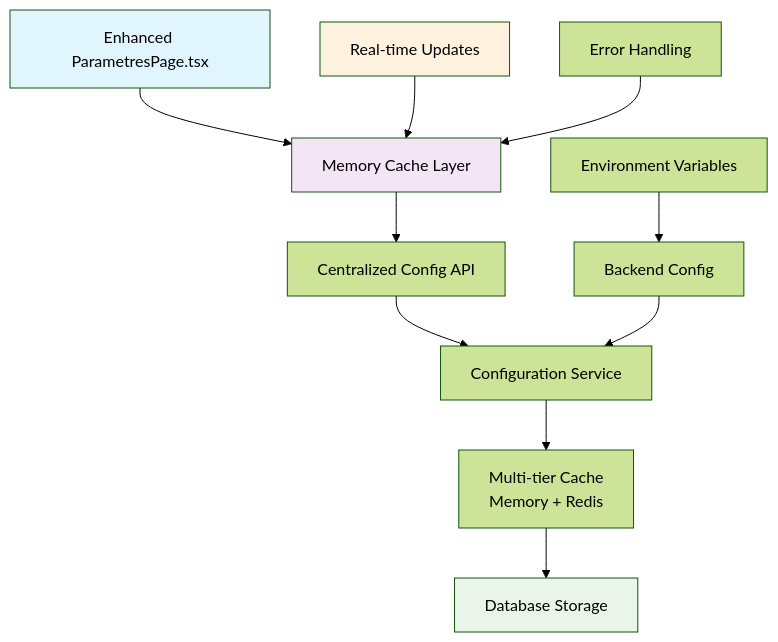
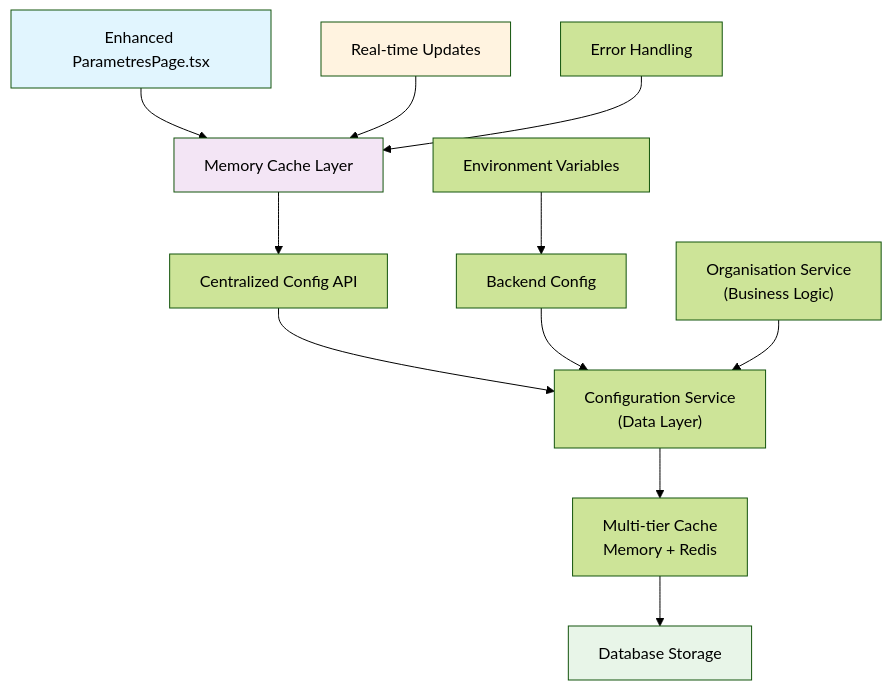
One commit to franckylab/eLISAschool changed the fourth of 5 diagrams in .qoder/repowiki/en/content/System Architecture/Backend Architecture/Configuration & Environment Management.md. Above: the diagram before and after it, drawn with Mermaid (forest theme). The commit also changed other lines of this file and 262 other files, not shown here.

First line of the commit message:
refactor(architecture): améliorer gestion distribuée de la configuration et délégation contrôleur

````diff
--- a/.qoder/repowiki/en/content/System Architecture/Backend Architecture/Configuration & Environment Management.md
+++ b/.qoder/repowiki/en/content/System Architecture/Backend Architecture/Configuration & Environment Management.md
@@ -363,16 +397,17 @@
 ```mermaid
 flowchart TD
 A["Enhanced ParametresPage.tsx"] --> B["Memory Cache Layer"]
 B --> C["Centralized Config API"]
-C --> D["Configuration Service"]
+C --> D["Configuration Service<br/>(Data Layer)"]
 D --> E["Multi-tier Cache<br/>Memory + Redis"]
 E --> F["Database Storage"]
 G["Real-time Updates"] --> B
 H["Error Handling"] --> B
 I["Environment Variables"] --> J["Backend Config"]
 J --> D
+K["Organisation Service<br/>(Business Logic)"] --> D
 style A fill:#e1f5fe
 style B fill:#f3e5f5
 style F fill:#e8f5e8
 style G fill:#fff3e0
 ```
````
